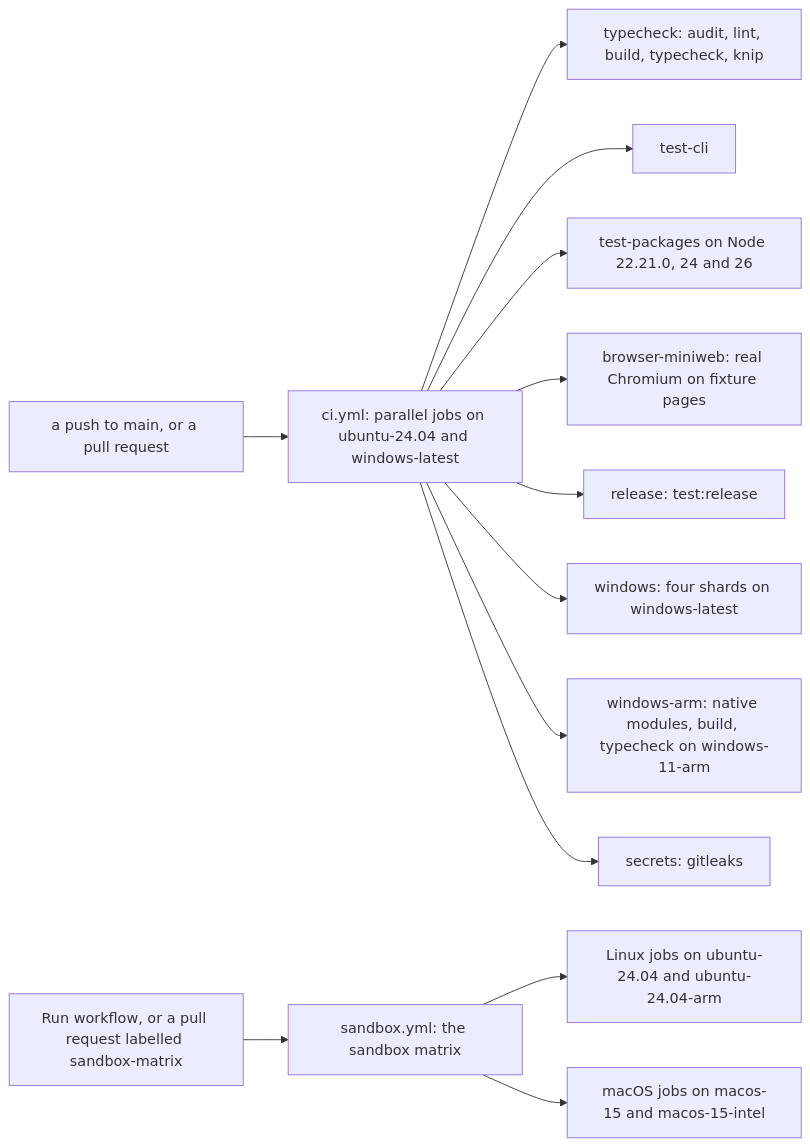
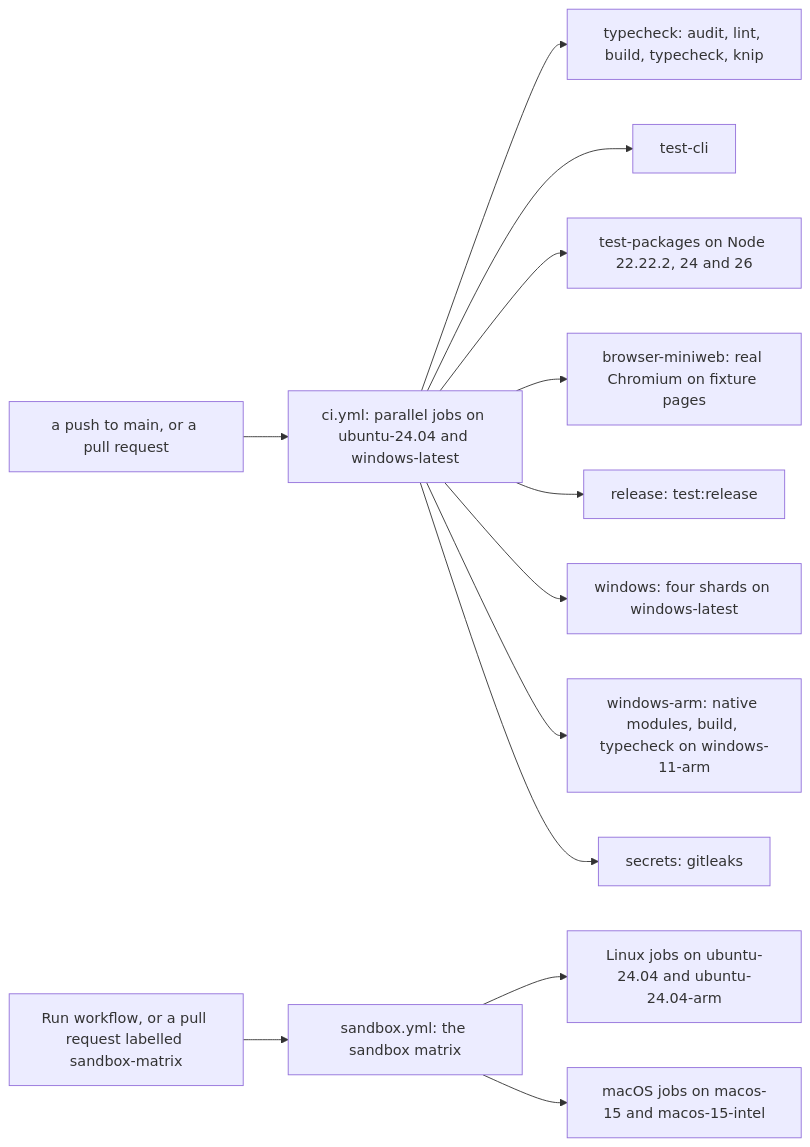
The diagram in docs/DEVELOPMENT.md (atanasster/tavi), drawn with Mermaid before and after one commit. The commit also changed other lines of this file and 17 other files, not shown here.

````diff
--- a/docs/DEVELOPMENT.md
+++ b/docs/DEVELOPMENT.md
@@ -479,15 +479,15 @@
 ```mermaid
 flowchart LR
   push["a push to main, or a pull request"] --> ci["ci.yml: parallel jobs on ubuntu-24.04 and windows-latest"]
   ci --> typecheck["typecheck: audit, lint, build, typecheck, knip"]
   ci --> cli["test-cli"]
-  ci --> packages["test-packages on Node 22.21.0, 24 and 26"]
+  ci --> packages["test-packages on Node 22.22.2, 24 and 26"]
   ci --> miniweb["browser-miniweb: real Chromium on fixture pages"]
   ci --> release["release: test:release"]
   ci --> windows["windows: four shards on windows-latest"]
   ci --> windowsArm["windows-arm: native modules, build, typecheck on windows-11-arm"]
   ci --> secrets["secrets: gitleaks"]
   demand["Run workflow, or a pull request labelled sandbox-matrix"] --> matrix["sandbox.yml: the sandbox matrix"]
   matrix --> linux["Linux jobs on ubuntu-24.04 and ubuntu-24.04-arm"]
   matrix --> mac["macOS jobs on macos-15 and macos-15-intel"]
 ```
````
